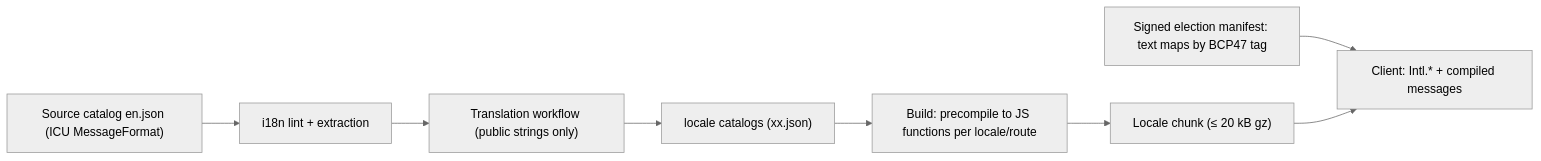
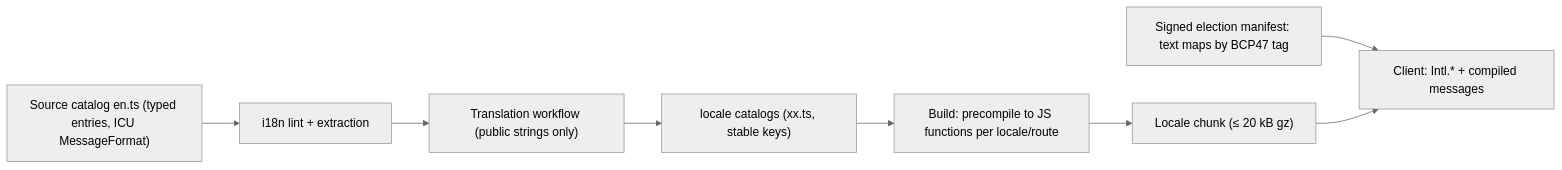
The diagram in docs/13-accessibility-localization.md (djshellshoxxx/quietvote), drawn with Mermaid (neutral theme) before and after one commit. The commit also changed other lines of this file and 3 other files, not shown here.

Commit message:
docs: accept typed catalogs and local ICU compiler

````diff
--- a/docs/13-accessibility-localization.md
+++ b/docs/13-accessibility-localization.md
@@ -209,10 +209,10 @@
 ```mermaid
 flowchart LR
-  SRC["Source catalog en.json (ICU MessageFormat)"] --> LINT["i18n lint + extraction"]
+  SRC["Source catalog en.ts (typed entries, ICU MessageFormat)"] --> LINT["i18n lint + extraction"]
   LINT --> TMS["Translation workflow (public strings only)"]
-  TMS --> CAT["locale catalogs (xx.json)"]
+  TMS --> CAT["locale catalogs (xx.ts, stable keys)"]
   CAT --> COMP["Build: precompile to JS functions per locale/route"]
   COMP --> BUNDLE["Locale chunk (≤ 20 kB gz)"]
   MAN["Signed election manifest: text maps by BCP47 tag"] --> CLIENT
   BUNDLE --> CLIENT["Client: Intl.* + compiled messages"]
 ```
````
